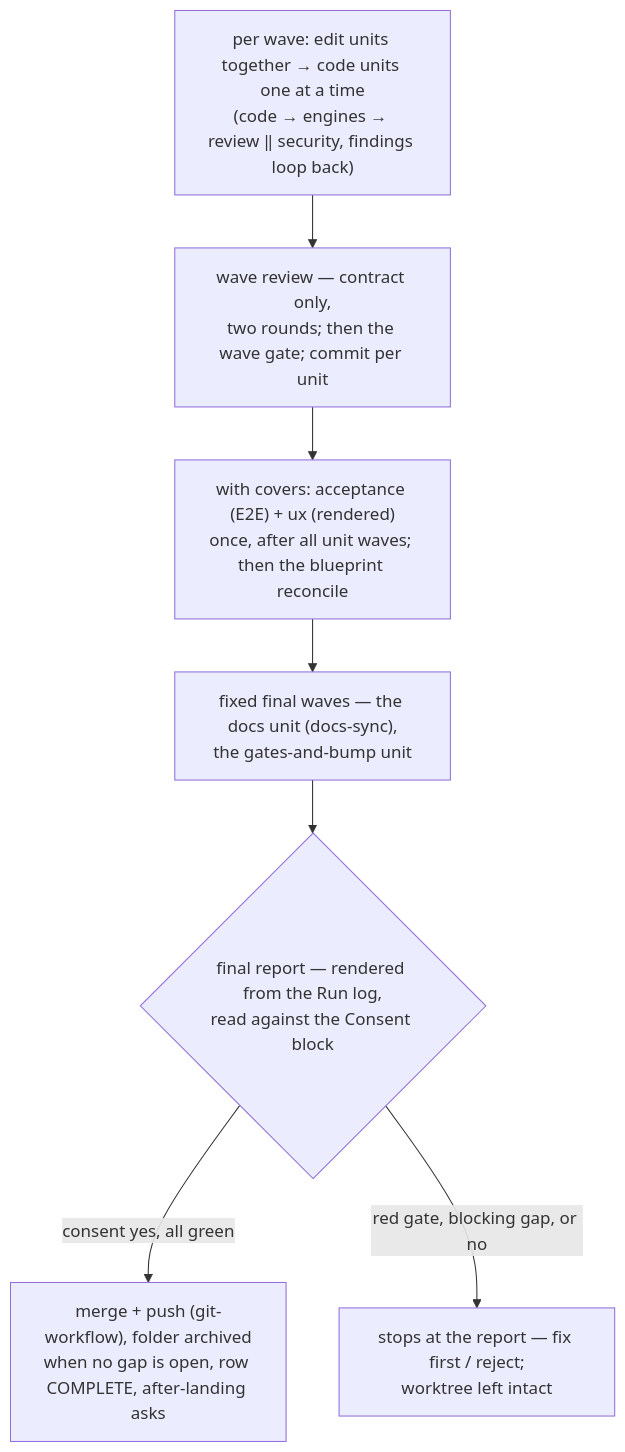
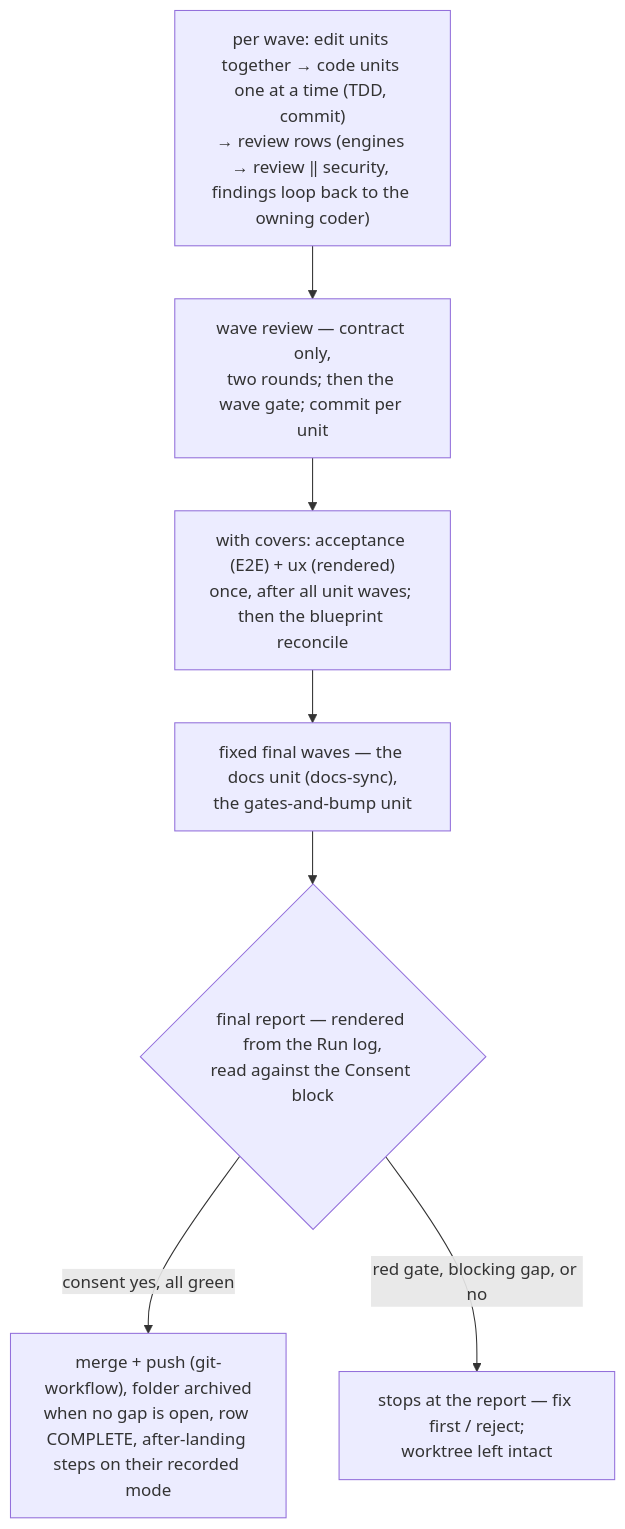
One commit to virajp/claude-plugins changed the second of 2 diagrams in site/src/content/docs/plugins/vwf.md. Above: the diagram before and after it, drawn with Mermaid. The commit also changed other lines of this file and 4 other files, not shown here.

Commit message:
docs: site — review rows and after-landing modes in the vwf manual and how-tos

````diff
--- a/site/src/content/docs/plugins/vwf.md
+++ b/site/src/content/docs/plugins/vwf.md
@@ -2109,9 +2133,9 @@
 ```mermaid
 flowchart TD
-    W["per wave: edit units together → code units one at a time<br/>(code → engines → review ‖ security, findings loop back)"] --> R["wave review — contract only,<br/>two rounds; then the wave gate; commit per unit"]
+    W["per wave: edit units together → code units one at a time (TDD, commit)<br/>→ review rows (engines → review ‖ security, findings loop back to the owning coder)"] --> R["wave review — contract only,<br/>two rounds; then the wave gate; commit per unit"]
     R --> AX["with covers: acceptance (E2E) + ux (rendered)<br/>once, after all unit waves; then the blueprint reconcile"]
     AX --> F["fixed final waves — the docs unit (docs-sync),<br/>the gates-and-bump unit"]
     F --> G{"final report — rendered from the Run log,<br/>read against the Consent block"}
-    G -->|consent yes, all green| M["merge + push (git-workflow), folder archived<br/>when no gap is open, row COMPLETE, after-landing asks"]
+    G -->|consent yes, all green| M["merge + push (git-workflow), folder archived<br/>when no gap is open, row COMPLETE, after-landing steps on their recorded mode"]
     G -->|red gate, blocking gap, or no| S["stops at the report — fix first / reject;<br/>worktree left intact"]
 ```
````
